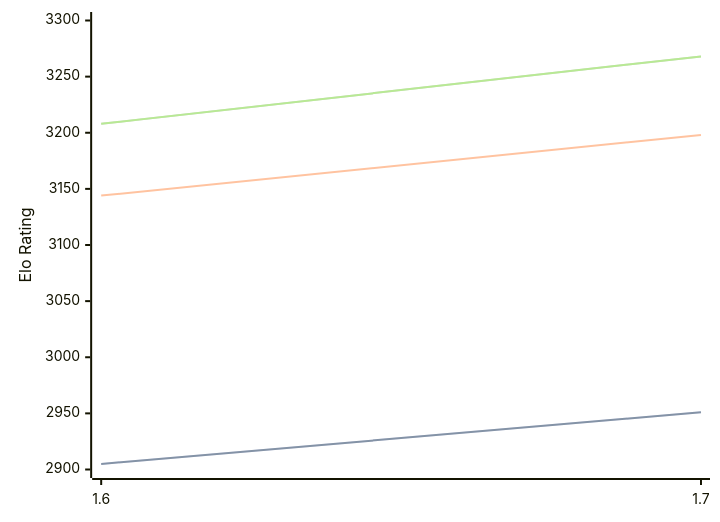
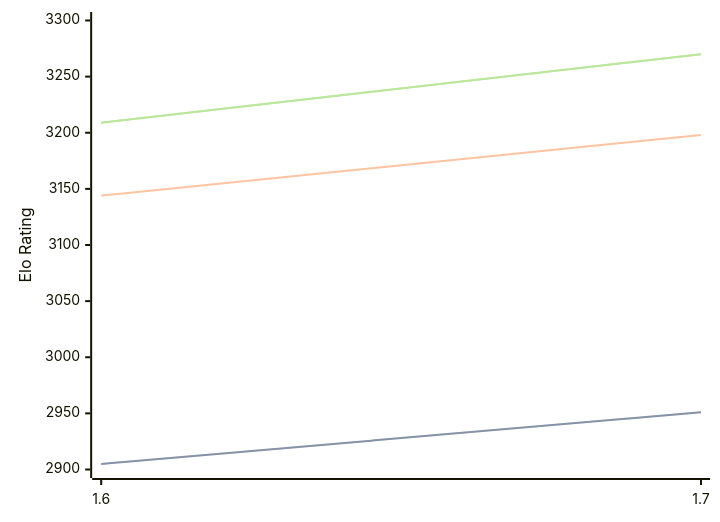
Before and after one commit to computer-chess-index/cci: the diagram in engines/Bitbit.md, drawn with Mermaid. The commit also changed other lines of this file, not shown here.

Commit message:
Update CCI Ratings (ELO VLTC) - 2026-09-08

````diff
--- a/engines/Bitbit.md
+++ b/engines/Bitbit.md
@@ -32,11 +32,11 @@
 ```mermaid
 %%{init: {"theme":"base","themeVariables":{"seriesColors:['#a3a3a3','#222221','#faa371']}}}%%
 xychart-beta
   x-axis ["1.6", "1.7"]
   y-axis "Elo Rating" 2900 --> 3300
   line "" [2905, 2951]
   line "STC (8.0+0.08s)" [2905, 2951]
   line "LTC (60.0+0.60s)" [3144, 3198]
-  line "" [3208, 3268]
-  line "VLTC (2m24s+1.12s)" [3208, 3268]
+  line "" [3209, 3270]
+  line "VLTC (2m24s+1.12s)" [3209, 3270]
 ```
````
